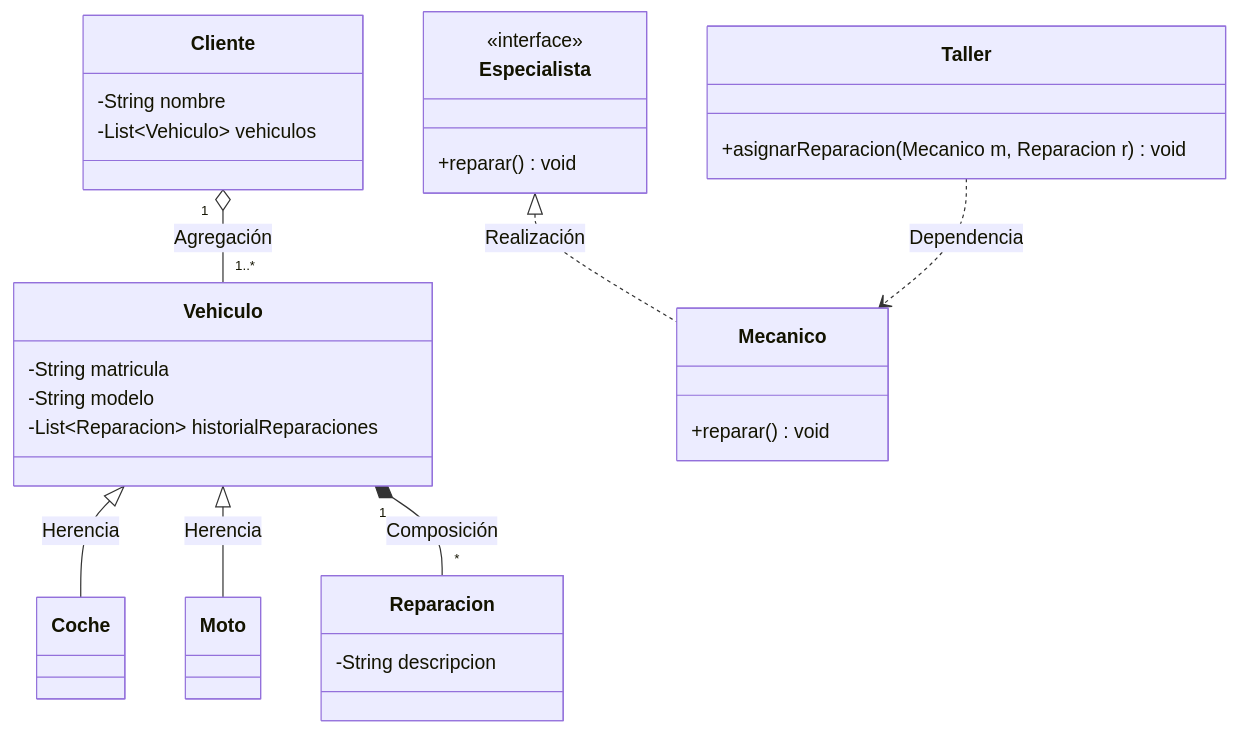
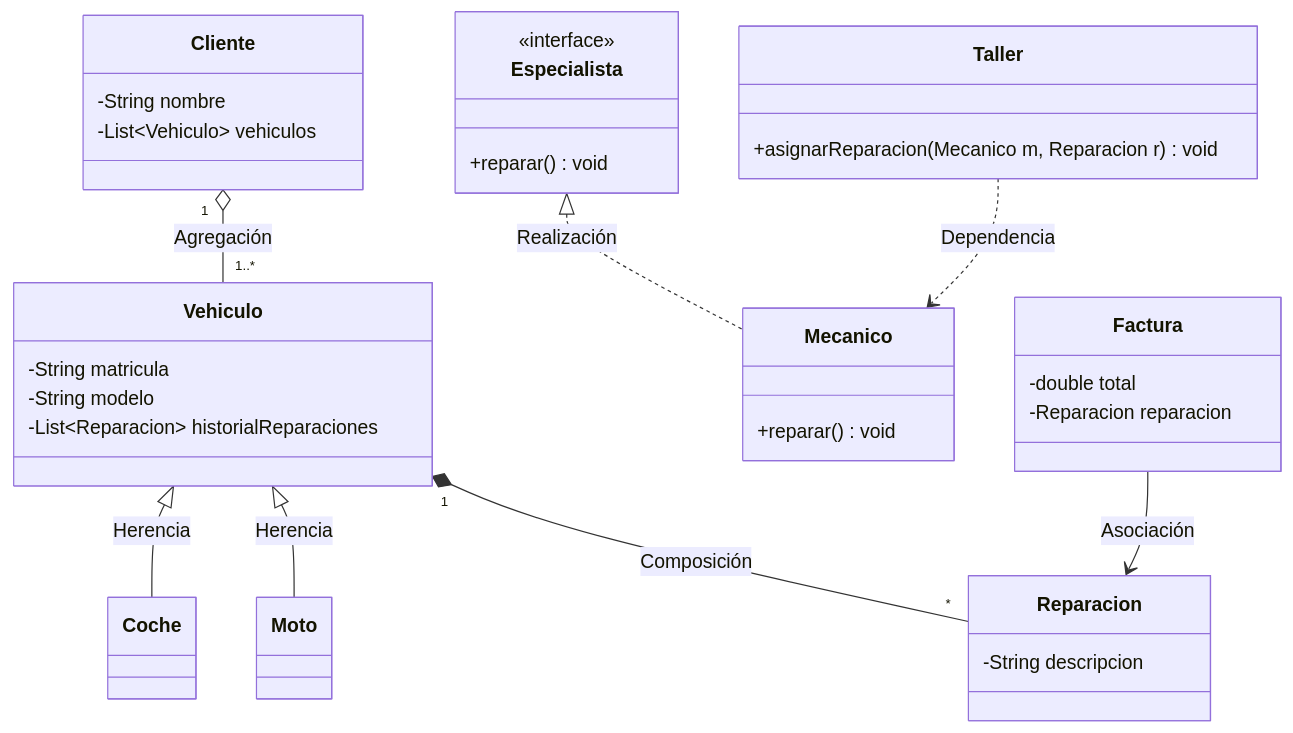
Before and after one commit to DaniRZ10/6.3.Actividad_Taller: the diagram in DESIGN.md, drawn with Mermaid. The commit also changed 1 other file, not shown here.

Commit message:
Add factura and modify DESIGN.md (Fase4)

````diff
--- a/DESIGN.md
+++ b/DESIGN.md
@@ -1,44 +1,50 @@
 ```mermaid
 classDiagram
     class Cliente {
         -String nombre
         -List~Vehiculo~ vehiculos
     }
     
     class Vehiculo {
         -String matricula
         -String modelo
         -List~Reparacion~ historialReparaciones
     }
     
     class Coche {
     }
     
     class Moto {
     }
     
     class Reparacion {
         -String descripcion
     }
     
     class Especialista {
         <<interface>>
         +reparar() void
     }
     
     class Mecanico {
         +reparar() void
     }
     
     class Taller {
         +asignarReparacion(Mecanico m, Reparacion r) void
     }
 
     %% Relaciones
     Vehiculo <|-- Coche : Herencia
     Vehiculo <|-- Moto : Herencia
     Cliente "1" o-- "1..*" Vehiculo : Agregación
     Vehiculo "1" *-- "*" Reparacion : Composición
     Especialista <|.. Mecanico : Realización
     Taller ..> Mecanico : Dependencia
+    
+    class Factura {
+        -double total
+        -Reparacion reparacion
+    }
+    Factura --> Reparacion : Asociación
 ```
````
